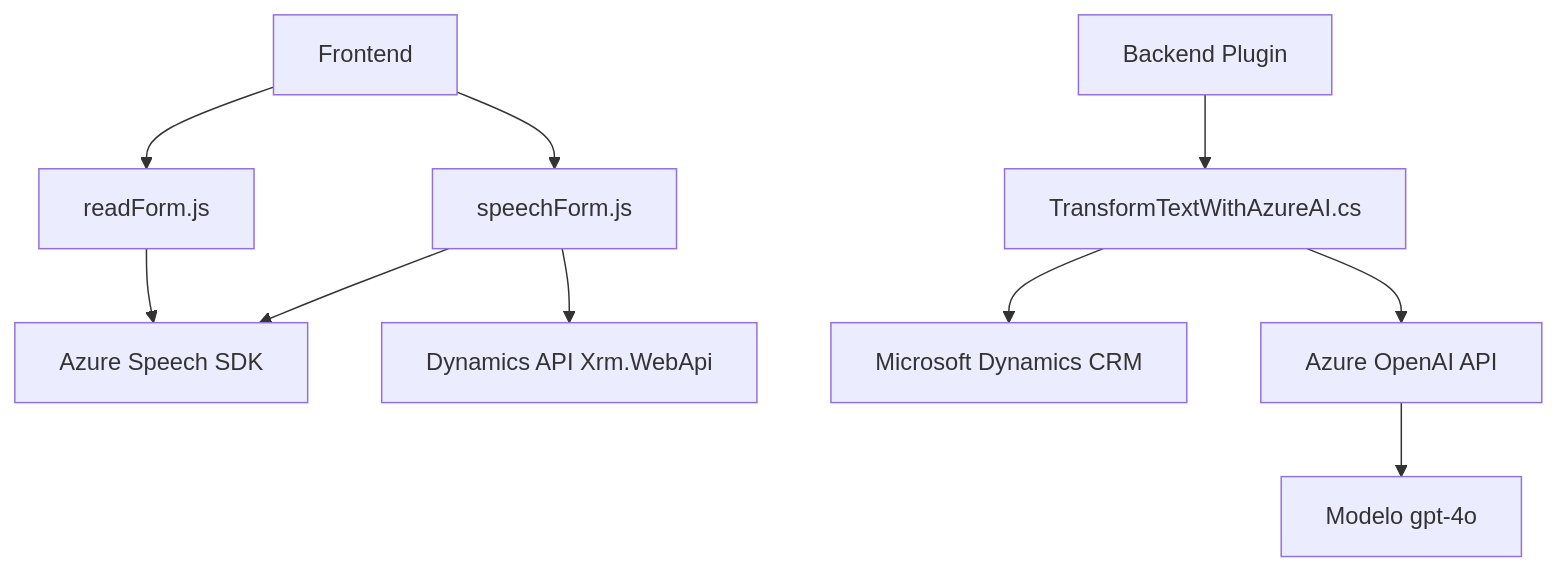
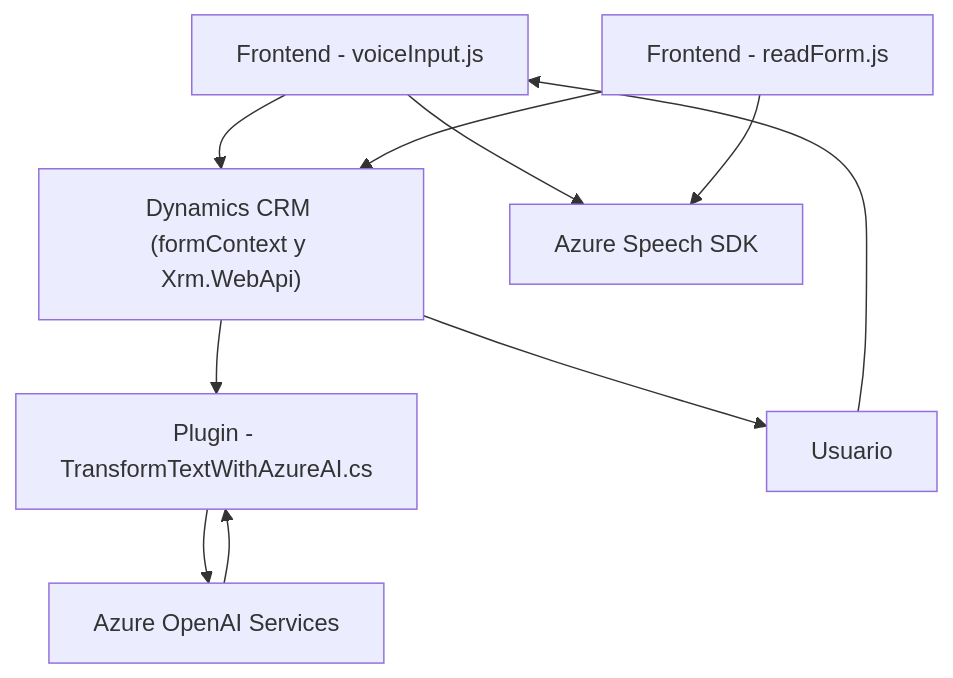
Before and after one commit to blopezdm/NETCORE_BILBAO2025: the diagram in README.md, drawn with Mermaid. The commit also changed other lines of this file, not shown here.

````diff
--- a/README.md
+++ b/README.md
@@ -33,12 +49,20 @@
 ```mermaid
 graph TD
-    A["Frontend"] --> B["readForm.js"]
-    A --> C["speechForm.js"]
-    B --> D["Azure Speech SDK"]
-    C --> D
-    C --> E["Dynamics API Xrm.WebApi"]
-    F["Backend Plugin"] --> G["TransformTextWithAzureAI.cs"]
-    G --> H["Microsoft Dynamics CRM"]
-    G --> I["Azure OpenAI API"]
-    I --> J["Modelo gpt-4o"]
+    A["Frontend - voiceInput.js"]
+    B["Frontend - readForm.js"]
+    C["Plugin - TransformTextWithAzureAI.cs"]
+    D["Dynamics CRM (formContext y Xrm.WebApi)"]
+    E["Azure Speech SDK"]
+    F["Azure OpenAI Services"]
+    G["Usuario"]
+
+    G --> A
+    A --> E
+    A --> D
+    B --> D
+    B --> E
+    D --> C
+    C --> F
+    F --> C
+    D --> G
 ```
````
